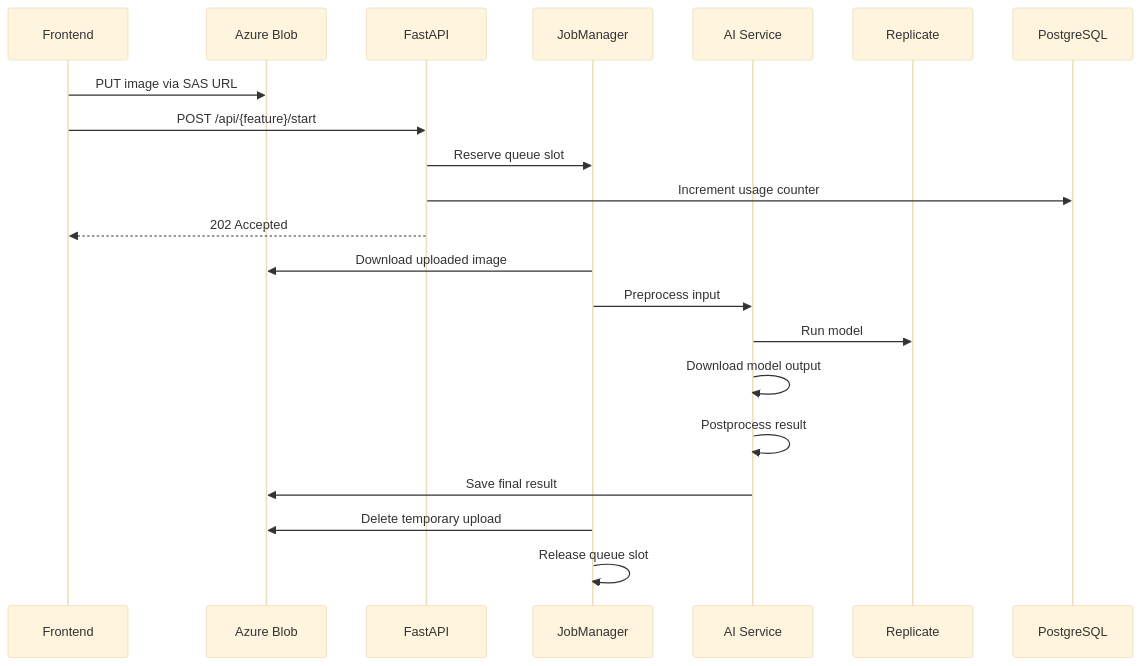
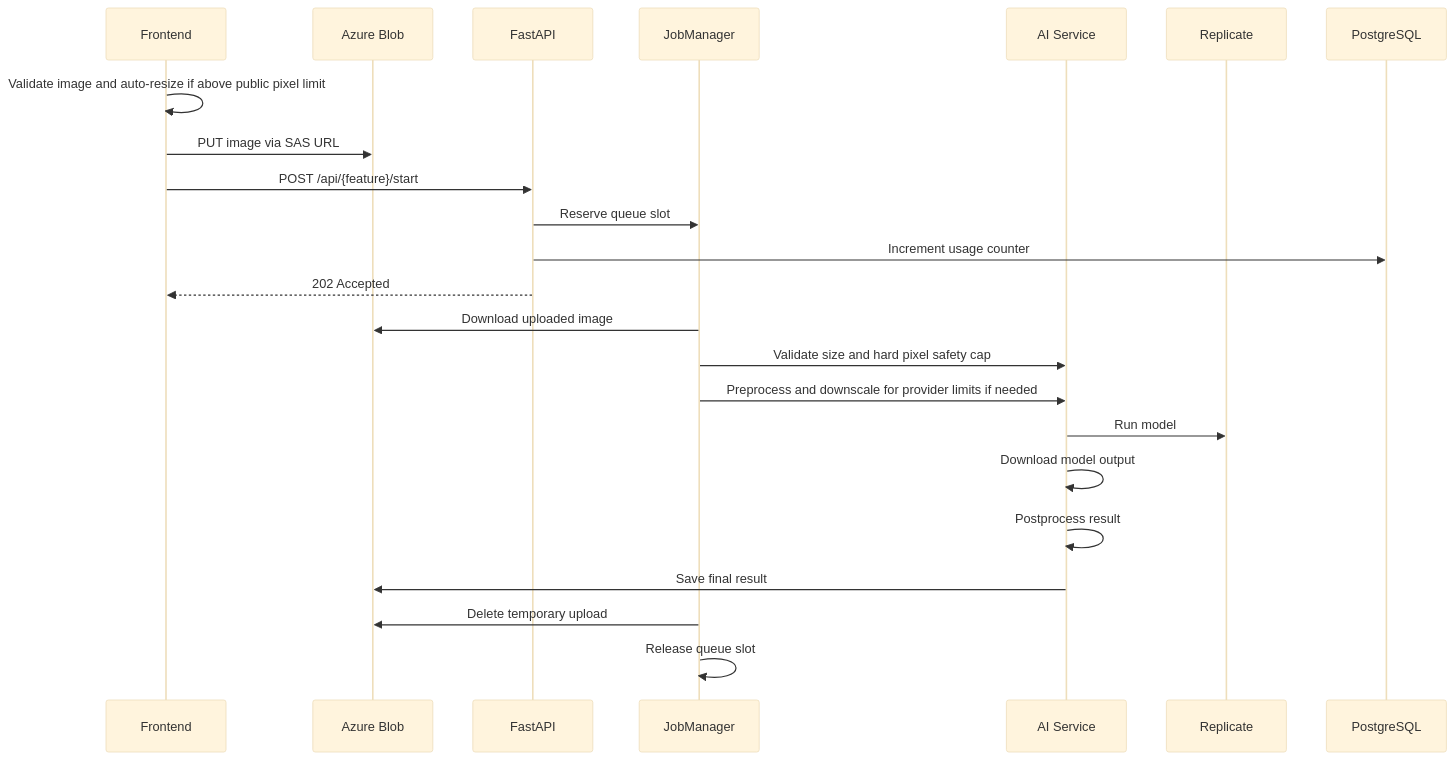
The third of 5 diagrams in docs/ARCHITECTURE.md (Dendroculus/PixelForge), drawn with Mermaid (base theme) before and after one commit. The commit also changed other lines of this file and 8 other files, not shown here.

First line of the commit message:
docs: add testing guide and auto-resize documentation

````diff
--- a/docs/ARCHITECTURE.md
+++ b/docs/ARCHITECTURE.md
@@ -444,25 +449,27 @@
 ```mermaid
 sequenceDiagram
     participant FE as Frontend
     participant Azure as Azure Blob
     participant API as FastAPI
     participant Queue as JobManager
     participant AI as AI Service
     participant Replicate as Replicate
     participant DB as PostgreSQL
 
+    FE->>FE: Validate image and auto-resize if above public pixel limit
     FE->>Azure: PUT image via SAS URL
     FE->>API: POST /api/{feature}/start
     API->>Queue: Reserve queue slot
     API->>DB: Increment usage counter
     API-->>FE: 202 Accepted
 
     Queue->>Azure: Download uploaded image
-    Queue->>AI: Preprocess input
+    Queue->>AI: Validate size and hard pixel safety cap
+    Queue->>AI: Preprocess and downscale for provider limits if needed
     AI->>Replicate: Run model
     AI->>AI: Download model output
     AI->>AI: Postprocess result
     AI->>Azure: Save final result
     Queue->>Azure: Delete temporary upload
     Queue->>Queue: Release queue slot
 ```
````
